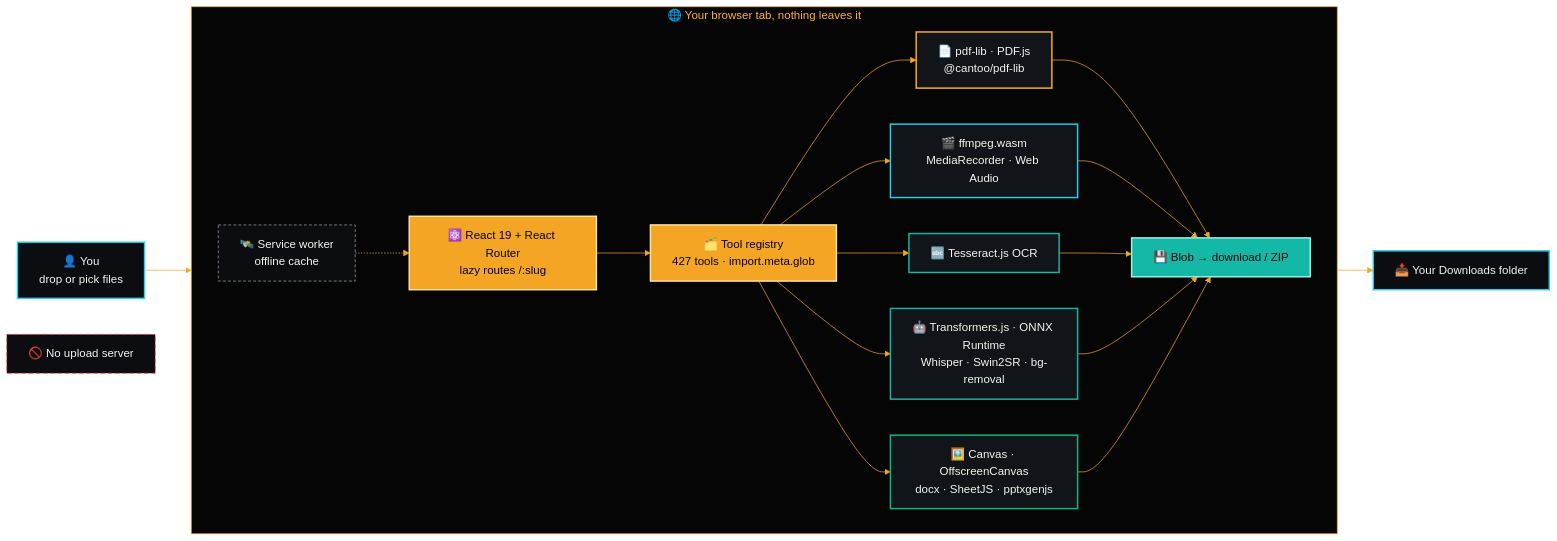
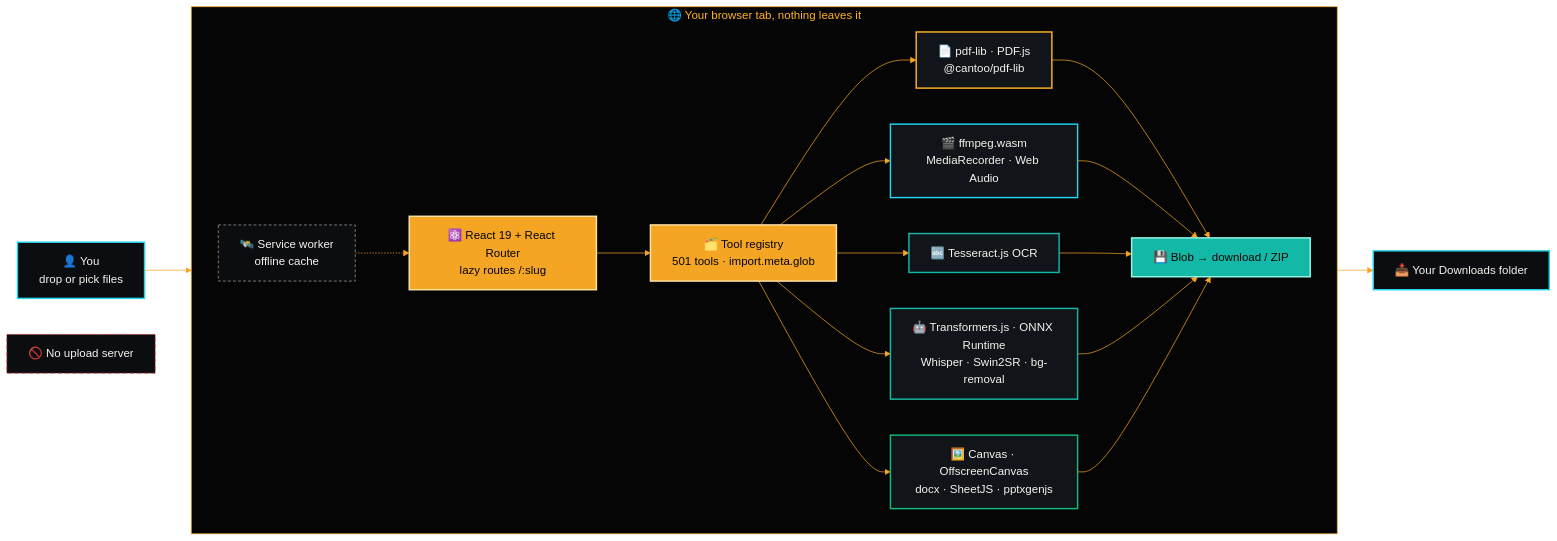
Before and after one commit to aniruddhaadak80/OpenFile: the fourth of 8 diagrams in README.md, drawn with Mermaid. The commit also changed other lines of this file and 302 other files, not shown here.

````diff
--- a/README.md
+++ b/README.md
@@ -1285,31 +1428,31 @@
 ```mermaid
 %%{init: {'theme':'base','themeVariables':{'fontFamily':'system-ui, sans-serif','lineColor':'#F5A524','primaryTextColor':'#F5F3EE','clusterBkg':'#050505','clusterBorder':'#F5A524','titleColor':'#FFB224'}}}%%
 flowchart LR
     U["👤 You<br/>drop or pick files"]:::user --> BR
     subgraph BR["🌐 Your browser tab, nothing leaves it"]
         direction LR
-        RR["⚛️ React 19 + React Router<br/>lazy routes /:slug"]:::ui --> REG["🗂️ Tool registry<br/>427 tools · import.meta.glob"]:::ui
+        RR["⚛️ React 19 + React Router<br/>lazy routes /:slug"]:::ui --> REG["🗂️ Tool registry<br/>501 tools · import.meta.glob"]:::ui
         REG --> E1["📄 pdf-lib · PDF.js<br/>@cantoo/pdf-lib"]:::pdf
         REG --> E2["🎬 ffmpeg.wasm<br/>MediaRecorder · Web Audio"]:::media
         REG --> E3["🔤 Tesseract.js OCR"]:::ai
         REG --> E4["🤖 Transformers.js · ONNX Runtime<br/>Whisper · Swin2SR · bg-removal"]:::ai
         REG --> E5["🖼️ Canvas · OffscreenCanvas<br/>docx · SheetJS · pptxgenjs"]:::img
         E1 --> OUT["💾 Blob → download / ZIP"]:::out
         E2 --> OUT
         E3 --> OUT
         E4 --> OUT
         E5 --> OUT
         SW["🛰️ Service worker<br/>offline cache"]:::sw -.-> RR
     end
     OUT --> D["📥 Your Downloads folder"]:::user
     NS["🚫 No upload server"]:::none
     classDef user fill:#0B0D10,stroke:#22D3EE,color:#F5F3EE,stroke-width:2px
     classDef ui fill:#F5A524,stroke:#FFE3A3,color:#050505,stroke-width:2px
     classDef pdf fill:#111418,stroke:#FFB224,color:#F5F3EE,stroke-width:2px
     classDef media fill:#111418,stroke:#22D3EE,color:#F5F3EE,stroke-width:2px
     classDef ai fill:#111418,stroke:#14B8A6,color:#F5F3EE,stroke-width:2px
     classDef img fill:#111418,stroke:#10B981,color:#F5F3EE,stroke-width:2px
     classDef out fill:#14B8A6,stroke:#99F6E4,color:#050505,stroke-width:2px
     classDef sw fill:#0B0D10,stroke:#A8A29E,color:#F5F3EE,stroke-dasharray:4 3
     classDef none fill:#0B0D10,stroke:#EF4444,color:#F5F3EE,stroke-dasharray:6 4
 ```
````
